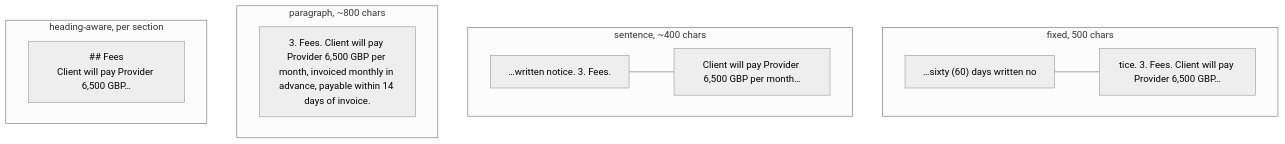
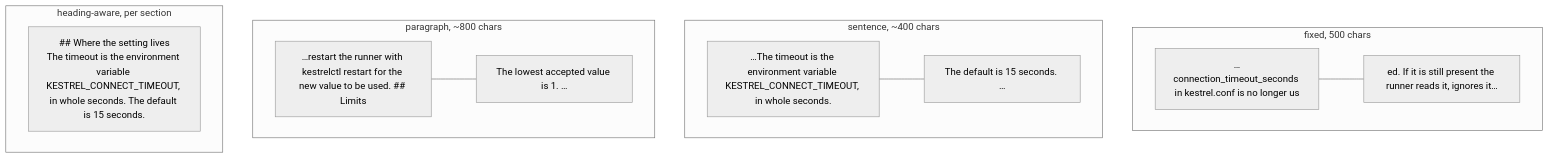
The second of 3 diagrams in weeks/2/CONCEPT.md (anilmodest/ai-eng-track), drawn with Mermaid (neutral theme) before and after one commit. The commit also changed other lines of this file and 40 other files, not shown here.

````diff
--- a/weeks/2/CONCEPT.md
+++ b/weeks/2/CONCEPT.md
@@ -61,15 +67,15 @@
 ```mermaid
 flowchart TB
   subgraph fixed [fixed, 500 chars]
-    f1["…sixty (60) days written no"] --- f2["tice. 3. Fees. Client will pay Provider 6,500 GBP…"]
+    f1["…connection_timeout_seconds in kestrel.conf is no longer us"] --- f2["ed. If it is still present the runner reads it, ignores it…"]
   end
   subgraph sentence [sentence, ~400 chars]
-    s1["…written notice. 3. Fees."] --- s2["Client will pay Provider 6,500 GBP per month…"]
+    s1["…The timeout is the environment variable KESTREL_CONNECT_TIMEOUT, in whole seconds."] --- s2["The default is 15 seconds. …"]
   end
   subgraph paragraph [paragraph, ~800 chars]
-    p1["3. Fees. Client will pay Provider 6,500 GBP per month, invoiced monthly in advance, payable within 14 days of invoice."]
+    p1["…restart the runner with kestrelctl restart for the new value to be used. ## Limits"] --- p2["The lowest accepted value is 1. …"]
   end
   subgraph heading [heading-aware, per section]
-    h1["## Fees<br/>Client will pay Provider 6,500 GBP…"]
+    h1["## Where the setting lives<br/>The timeout is the environment variable KESTREL_CONNECT_TIMEOUT, in whole seconds. The default is 15 seconds."]
   end
 ```
````
